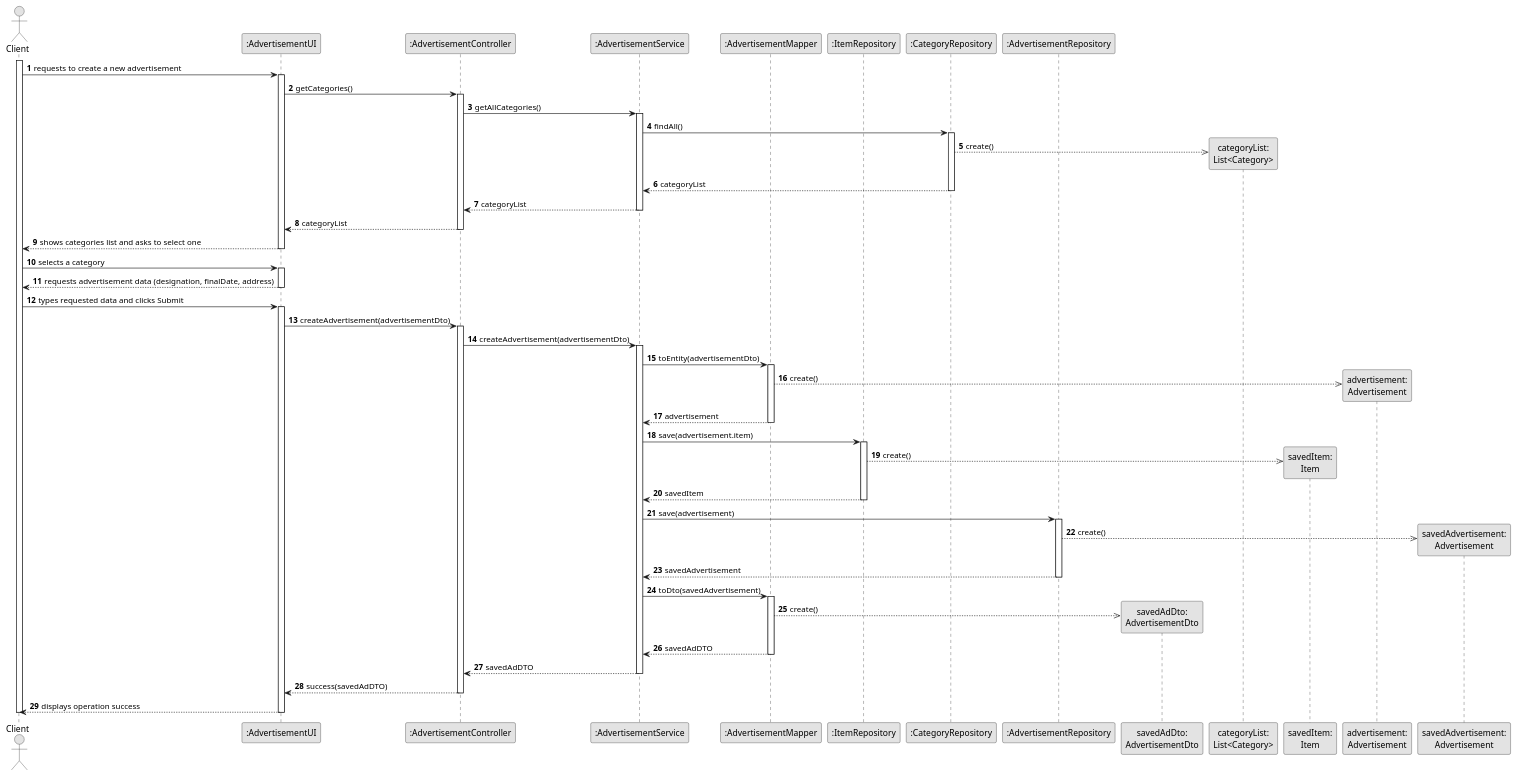
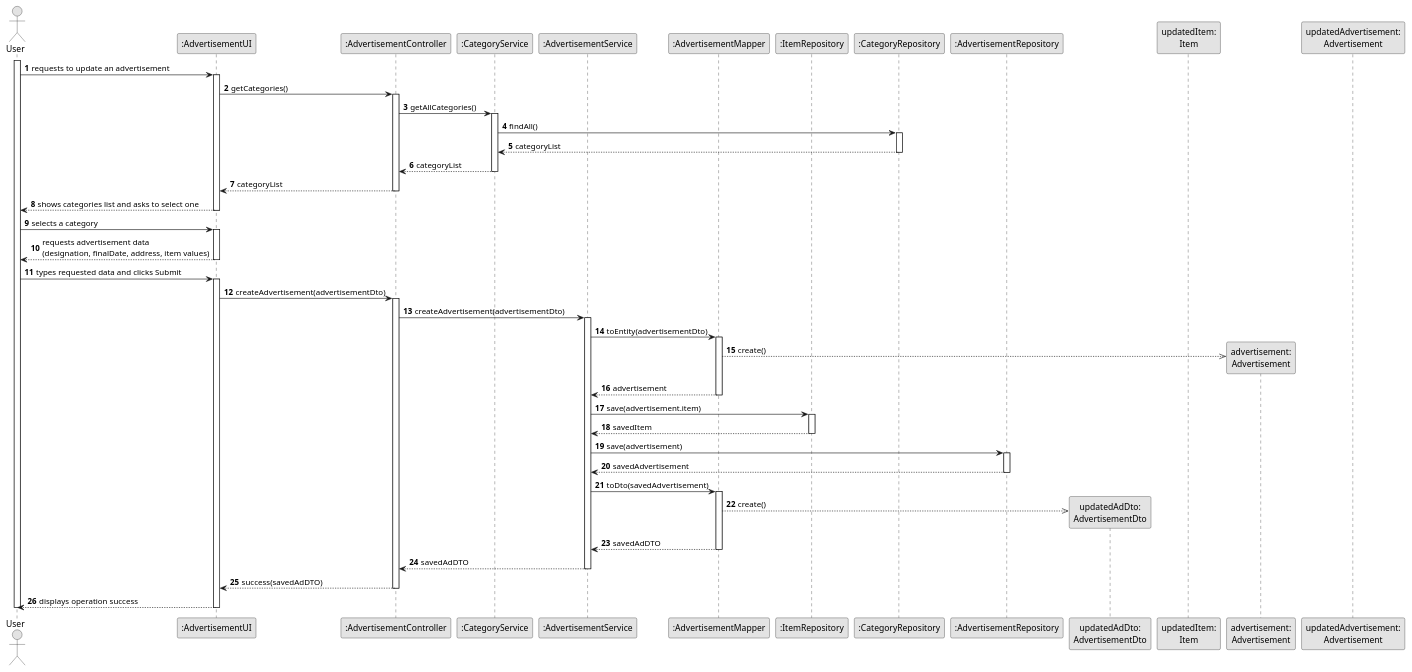
Before and after one commit to vivianeaalmeida/ComeAndGet: the diagram in Docs/US07/03-design/US07-SD.puml, drawn with PlantUML. The commit also changed 7 other files, not shown here.

```diff
--- a/Docs/US07/03-design/US07-SD.puml
+++ b/Docs/US07/03-design/US07-SD.puml
@@ -1,99 +1,96 @@
 @startuml
 skinparam monochrome true
 skinparam packageStyle rectangle
 skinparam shadowing false
 
 autonumber
 
-actor "Client" as CLIENT
+actor "User" as USER
 participant ":AdvertisementUI" as UI
 participant ":AdvertisementController" as CTRL
+participant ":CategoryService" as CAT_SERVICE
 participant ":AdvertisementService" as AD_SERVICE
 
 participant ":AdvertisementMapper" as AD_MAPPER
 participant ":ItemRepository" as ITEM_REPO
 participant ":CategoryRepository" as CAT_REPO
 participant ":AdvertisementRepository" as AD_REPO
 
-participant "savedAdDto:\nAdvertisementDto" as AD_DTO
-participant "categoryList:\nList<Category>" as CAT_LIST
-participant "savedItem:\nItem" as ITEM
+participant "updatedAdDto:\nAdvertisementDto" as AD_DTO
+participant "updatedItem:\nItem" as ITEM
 participant "advertisement:\nAdvertisement" as AD
-participant "savedAdvertisement:\nAdvertisement" as SAVED_AD
+participant "updatedAdvertisement:\nAdvertisement" as UPDATED_AD
 
-activate CLIENT
+activate USER
 
-    CLIENT -> UI : requests to create a new advertisement
+    USER -> UI : requests to update an advertisement
     activate UI
 
         UI -> CTRL : getCategories()
         activate CTRL
 
-            CTRL -> AD_SERVICE : getAllCategories()
-            activate AD_SERVICE
+            CTRL -> CAT_SERVICE : getAllCategories()
+            activate CAT_SERVICE
 
-                AD_SERVICE -> CAT_REPO : findAll()
+                CAT_SERVICE -> CAT_REPO : findAll()
                 activate CAT_REPO
-                    CAT_REPO -->> CAT_LIST** : create()
-                    CAT_REPO --> AD_SERVICE : categoryList
+                    CAT_REPO --> CAT_SERVICE : categoryList
                 deactivate CAT_REPO
 
-                AD_SERVICE --> CTRL : categoryList
-            deactivate AD_SERVICE
+                CAT_SERVICE --> CTRL : categoryList
+            deactivate CAT_SERVICE
 
             CTRL --> UI : categoryList
         deactivate CTRL
 
-        UI --> CLIENT : shows categories list and asks to select one
+        UI --> USER : shows categories list and asks to select one
     deactivate UI
 
-    CLIENT -> UI : selects a category
+    USER -> UI : selects a category
     activate UI
 
-        UI --> CLIENT : requests advertisement data (designation, finalDate, address)
+        UI --> USER : requests advertisement data \n(designation, finalDate, address, item values)
     deactivate UI
 
-    CLIENT -> UI : types requested data and clicks Submit
+    USER -> UI : types requested data and clicks Submit
     activate UI
 
         UI -> CTRL : createAdvertisement(advertisementDto)
         activate CTRL
 
             CTRL -> AD_SERVICE : createAdvertisement(advertisementDto)
             activate AD_SERVICE
 
                 AD_SERVICE -> AD_MAPPER : toEntity(advertisementDto)
                 activate AD_MAPPER
                     AD_MAPPER -->> AD** : create()
                     AD_MAPPER --> AD_SERVICE : advertisement
                 deactivate AD_MAPPER
 
                 AD_SERVICE -> ITEM_REPO : save(advertisement.item)
                 activate ITEM_REPO
-                    ITEM_REPO -->> ITEM** : create()
                     ITEM_REPO --> AD_SERVICE : savedItem
                 deactivate ITEM_REPO
 
                 AD_SERVICE -> AD_REPO : save(advertisement)
                 activate AD_REPO
-                    AD_REPO -->> SAVED_AD** : create()
                     AD_REPO --> AD_SERVICE : savedAdvertisement
                 deactivate AD_REPO
 
                 AD_SERVICE -> AD_MAPPER : toDto(savedAdvertisement)
                 activate AD_MAPPER
                     AD_MAPPER -->> AD_DTO** : create()
                     AD_MAPPER --> AD_SERVICE : savedAdDTO
                 deactivate AD_MAPPER
 
                 AD_SERVICE --> CTRL : savedAdDTO
             deactivate AD_SERVICE
 
             CTRL --> UI : success(savedAdDTO)
         deactivate CTRL
 
-        UI --> CLIENT : displays operation success
+        UI --> USER : displays operation success
     deactivate UI
 
-deactivate CLIENT
+deactivate USER
 @enduml
```
